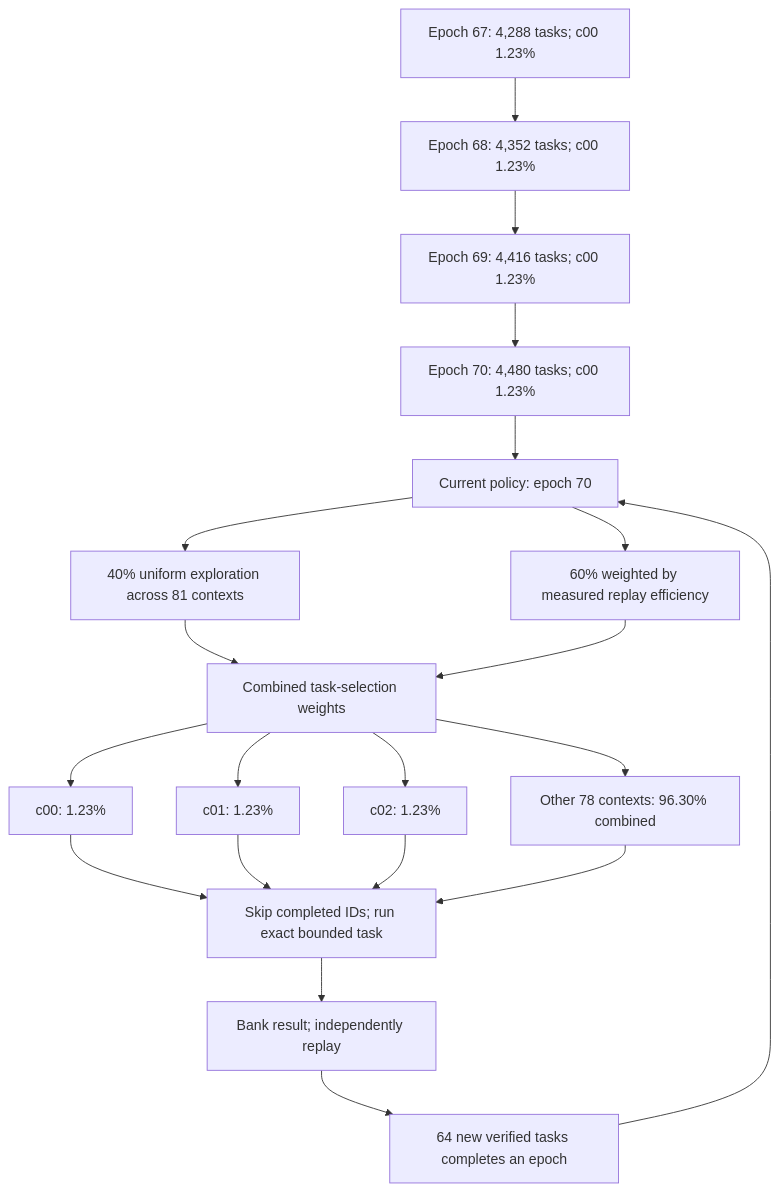
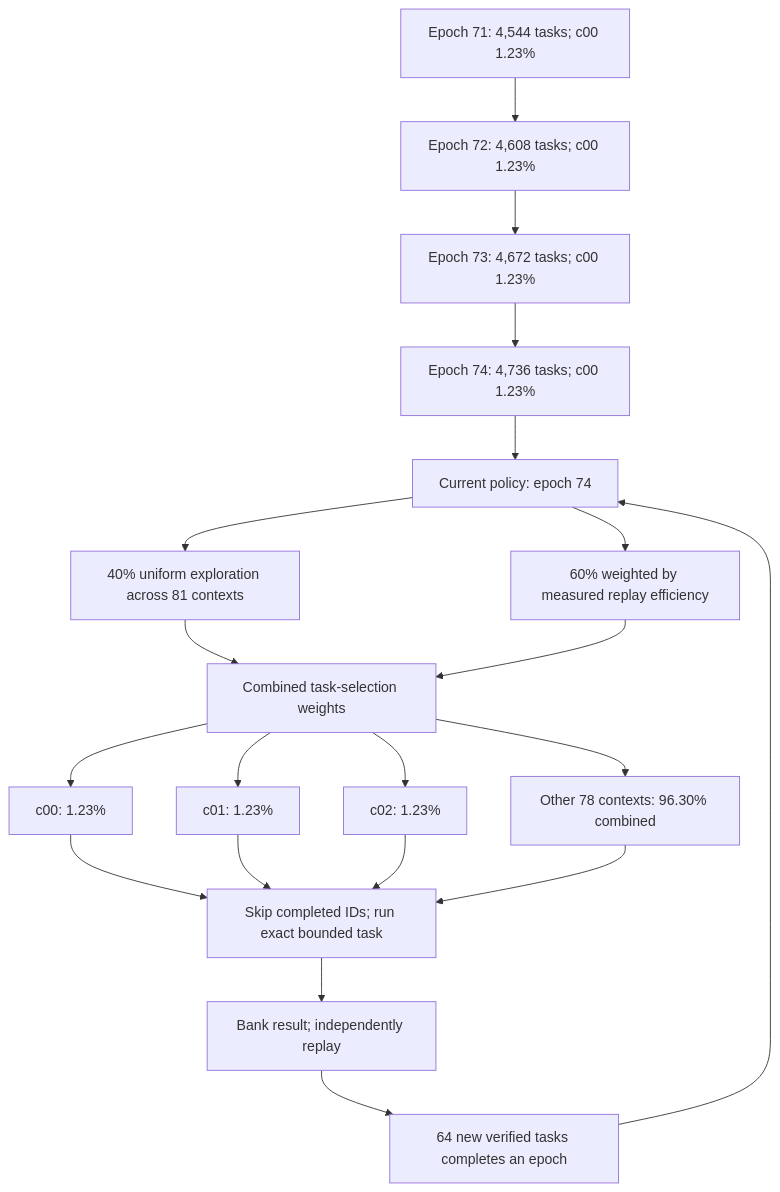
Before and after one commit to Kuberwastaken/math-gambling: the diagram in README.md, drawn with Mermaid. The commit also changed other lines of this file and 592 other files, not shown here.

````diff
--- a/README.md
+++ b/README.md
@@ -48,27 +48,27 @@
 ```mermaid
 flowchart TD
-    H0["Epoch 67: 4,288 tasks; c00 1.23%"]
-    H1["Epoch 68: 4,352 tasks; c00 1.23%"]
+    H0["Epoch 71: 4,544 tasks; c00 1.23%"]
+    H1["Epoch 72: 4,608 tasks; c00 1.23%"]
     H0 --> H1
-    H2["Epoch 69: 4,416 tasks; c00 1.23%"]
+    H2["Epoch 73: 4,672 tasks; c00 1.23%"]
     H1 --> H2
-    H3["Epoch 70: 4,480 tasks; c00 1.23%"]
+    H3["Epoch 74: 4,736 tasks; c00 1.23%"]
     H2 --> H3
-    Policy["Current policy: epoch 70"]
+    Policy["Current policy: epoch 74"]
     H3 --> Policy
     Policy --> Explore["40% uniform exploration across 81 contexts"]
     Policy --> Cost["60% weighted by measured replay efficiency"]
     Explore --> Mix["Combined task-selection weights"]
     Cost --> Mix
     Mix --> C0["c00: 1.23%"]
     Mix --> C1["c01: 1.23%"]
     Mix --> C2["c02: 1.23%"]
     Mix --> Rest["Other 78 contexts: 96.30% combined"]
     C0 --> Check["Skip completed IDs; run exact bounded task"]
     C1 --> Check
     C2 --> Check
     Rest --> Check
     Check --> Replay["Bank result; independently replay"]
     Replay --> Gate["64 new verified tasks completes an epoch"]
     Gate --> Policy
 ```
````
